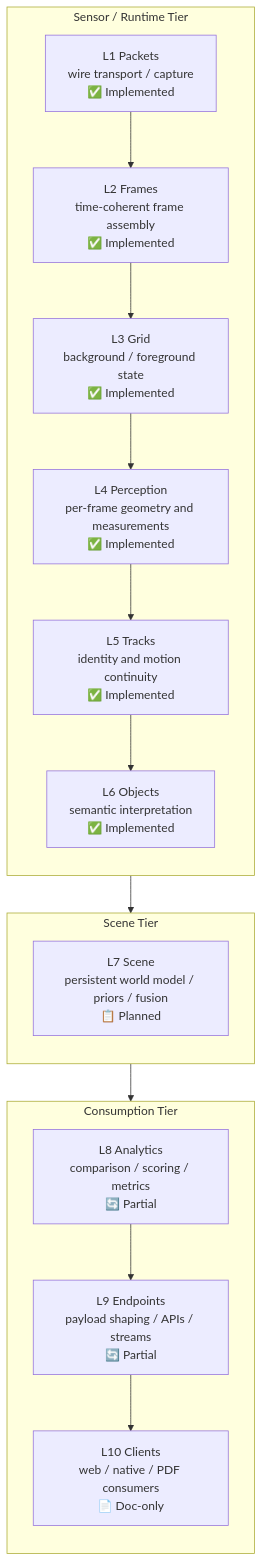
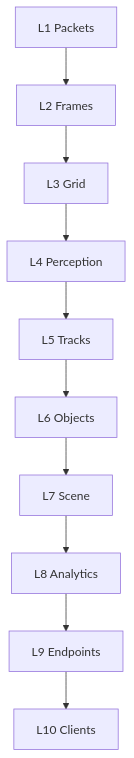
Before and after one commit to banshee-data/velocity.report: the first of 2 diagrams in docs/lidar/architecture/lidar-data-layer-model.md, drawn with Mermaid. The commit also changed other lines of this file, not shown here.

````diff
--- a/docs/lidar/architecture/lidar-data-layer-model.md
+++ b/docs/lidar/architecture/lidar-data-layer-model.md
@@ -37,28 +37,4 @@
 ```mermaid
 flowchart TD
-    subgraph SensorTier["Sensor / Runtime Tier"]
-        direction TB
-        L1["L1 Packets\nwire transport / capture\n✅ Implemented"]
-        L2["L2 Frames\ntime-coherent frame assembly\n✅ Implemented"]
-        L3["L3 Grid\nbackground / foreground state\n✅ Implemented"]
-        L4["L4 Perception\nper-frame geometry and measurements\n✅ Implemented"]
-        L5["L5 Tracks\nidentity and motion continuity\n✅ Implemented"]
-        L6["L6 Objects\nsemantic interpretation\n✅ Implemented"]
-        L1 --> L2 --> L3 --> L4 --> L5 --> L6
-    end
-
-    subgraph SceneTier["Scene Tier"]
-        direction TB
-        L7["L7 Scene\npersistent world model / priors / fusion\n📋 Planned"]
-    end
-
-    subgraph ConsumptionTier["Consumption Tier"]
-        direction TB
-        L8["L8 Analytics\ncomparison / scoring / metrics\n🔄 Partial"]
-        L9["L9 Endpoints\npayload shaping / APIs / streams\n🔄 Partial"]
-        L10["L10 Clients\nweb / native / PDF consumers\n📄 Doc-only"]
-        L8 --> L9 --> L10
-    end
-
-    L6 --> L7 --> L8
+    L1["L1 Packets"] --> L2["L2 Frames"] --> L3["L3 Grid"] --> L4["L4 Perception"] --> L5["L5 Tracks"] --> L6["L6 Objects"] --> L7["L7 Scene"] --> L8["L8 Analytics"] --> L9["L9 Endpoints"] --> L10["L10 Clients"]
 ```
````
